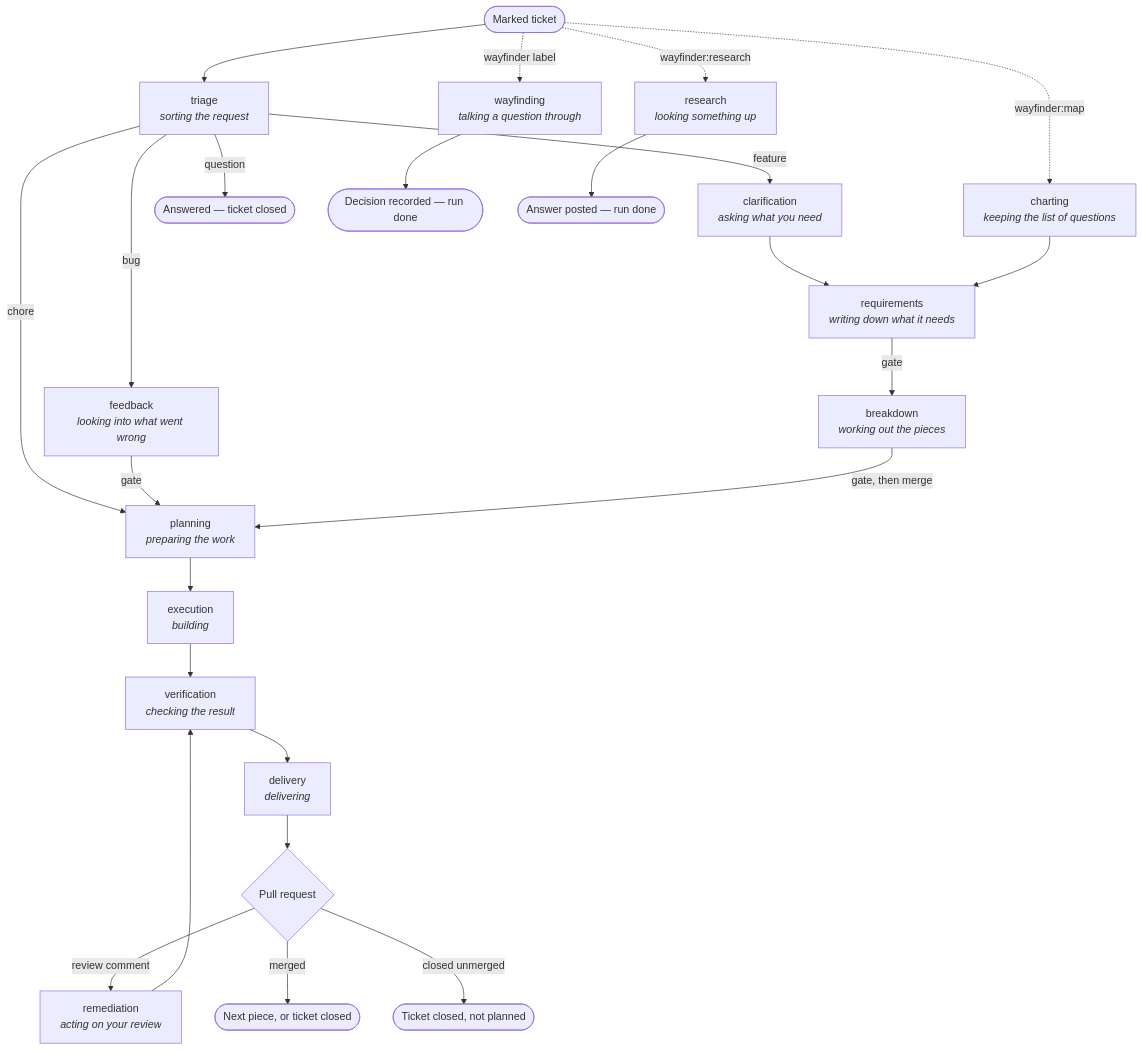
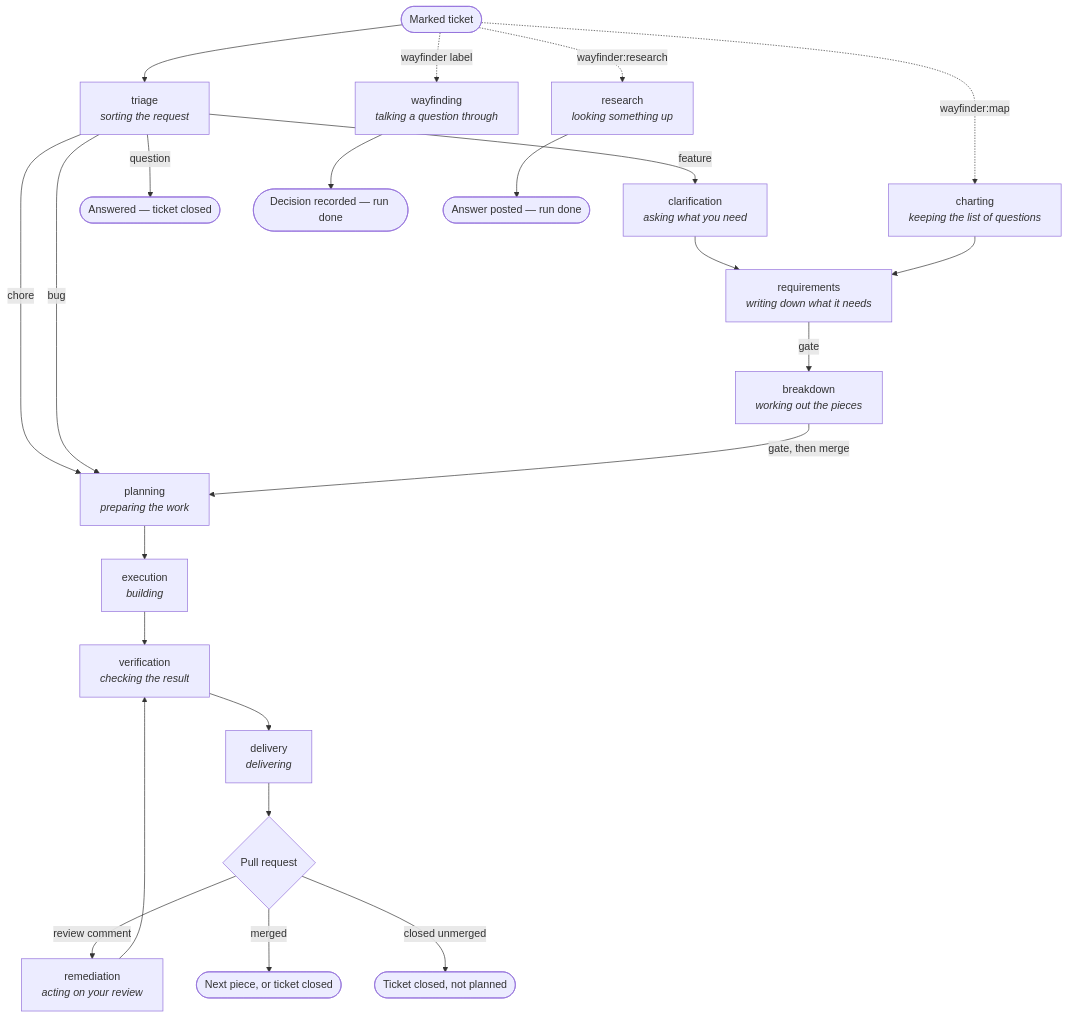
One commit to fvermaut/timone changed the third of 4 diagrams in manual/how-the-daemon-works.md. Above: the diagram before and after it, drawn with Mermaid. The commit also changed other lines of this file and 18 other files, not shown here.

````diff
--- a/manual/how-the-daemon-works.md
+++ b/manual/how-the-daemon-works.md
@@ -127,30 +127,29 @@
 ```mermaid
 flowchart TD
     START(["Marked ticket"]) --> TR["triage<br/><i>sorting the request</i>"]
 
     START -.->|wayfinder label| WF["wayfinding<br/><i>talking a question through</i>"]
     START -.->|wayfinder:map| CH["charting<br/><i>keeping the list of questions</i>"]
     START -.->|wayfinder:research| RS["research<br/><i>looking something up</i>"]
 
     TR -->|feature| CL["clarification<br/><i>asking what you need</i>"]
     TR -->|chore| PL["planning<br/><i>preparing the work</i>"]
-    TR -->|bug| FB["feedback<br/><i>looking into what went wrong</i>"]
+    TR -->|bug| PL
     TR -->|question| ANS(["Answered — ticket closed"])
 
     CL --> RQ["requirements<br/><i>writing down what it needs</i>"]
     CH --> RQ
     WF --> ENDW(["Decision recorded — run done"])
     RS --> ENDR(["Answer posted — run done"])
-    FB -->|gate| PL
 
     RQ -->|gate| BD["breakdown<br/><i>working out the pieces</i>"]
     BD -->|gate, then merge| PL
     PL --> EX["execution<br/><i>building</i>"]
     EX --> VF["verification<br/><i>checking the result</i>"]
     VF --> DL["delivery<br/><i>delivering</i>"]
     DL --> PR{"Pull request"}
     PR -->|review comment| RM["remediation<br/><i>acting on your review</i>"]
     RM --> VF
     PR -->|merged| NEXT(["Next piece, or ticket closed"])
     PR -->|closed unmerged| STOP(["Ticket closed, not planned"])
 ```
````
